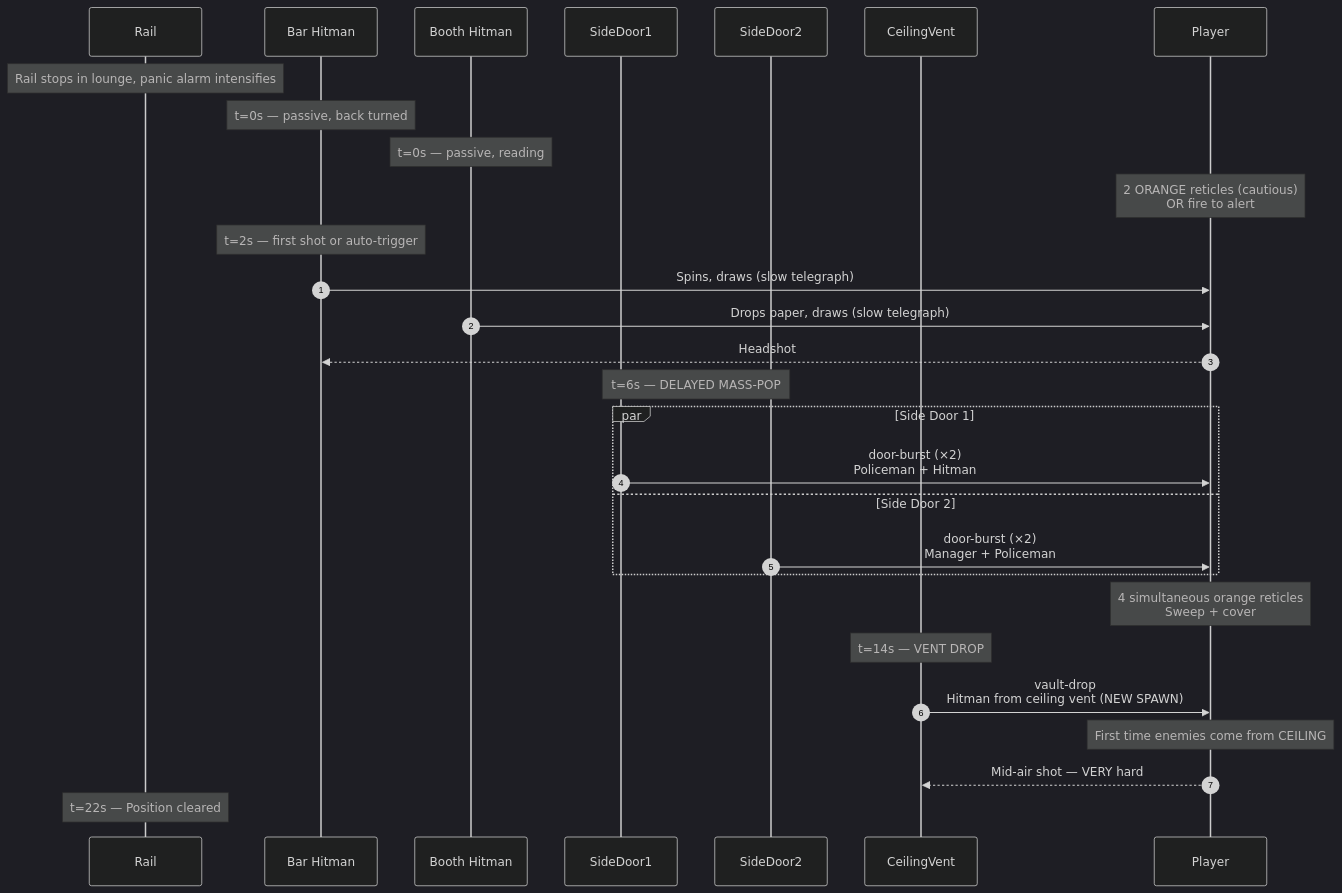
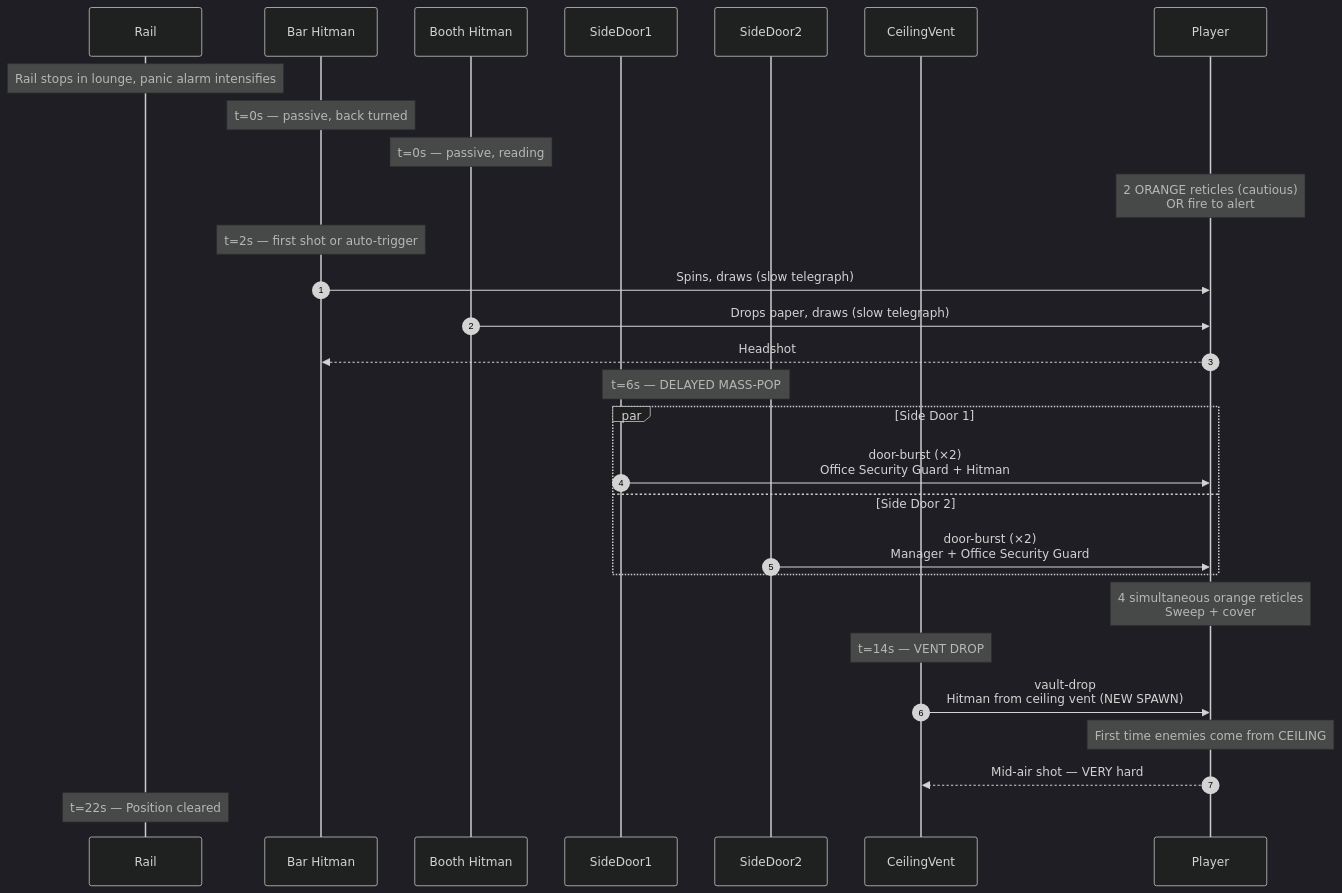
The third of 4 diagrams in docs/spec/levels/07-executive-suites.md (arcade-cabinet/department-of-redundancy-department), drawn with Mermaid (dark theme) before and after one commit. The commit also changed other lines of this file and 14 other files, not shown here.

First line of the commit message:
refactor(lore): repurpose policeman → office security guard, swat → head of security

````diff
--- a/docs/spec/levels/07-executive-suites.md
+++ b/docs/spec/levels/07-executive-suites.md
@@ -116,39 +116,39 @@
 ```mermaid
 sequenceDiagram
     autonumber
     participant Rail
     participant BarHitman as Bar Hitman
     participant BoothHitman as Booth Hitman
     participant SideDoor1
     participant SideDoor2
     participant CeilingVent
     participant Player
 
     Note over Rail: Rail stops in lounge, panic alarm intensifies
 
     Note over BarHitman: t=0s — passive, back turned
     Note over BoothHitman: t=0s — passive, reading
 
     Note over Player: 2 ORANGE reticles (cautious)<br/>OR fire to alert
 
     Note over BarHitman: t=2s — first shot or auto-trigger
     BarHitman->>Player: Spins, draws (slow telegraph)
     BoothHitman->>Player: Drops paper, draws (slow telegraph)
     Player-->>BarHitman: Headshot
 
     Note over SideDoor1,SideDoor2: t=6s — DELAYED MASS-POP
     par Side Door 1
-        SideDoor1->>Player: door-burst (×2)<br/>Policeman + Hitman
+        SideDoor1->>Player: door-burst (×2)<br/>Office Security Guard + Hitman
     and Side Door 2
-        SideDoor2->>Player: door-burst (×2)<br/>Manager + Policeman
+        SideDoor2->>Player: door-burst (×2)<br/>Manager + Office Security Guard
     end
 
     Note over Player: 4 simultaneous orange reticles<br/>Sweep + cover
 
     Note over CeilingVent: t=14s — VENT DROP
     CeilingVent->>Player: vault-drop<br/>Hitman from ceiling vent (NEW SPAWN)
     Note over Player: First time enemies come from CEILING
     Player-->>CeilingVent: Mid-air shot — VERY hard
 
     Note over Rail: t=22s — Position cleared
 ```
````
